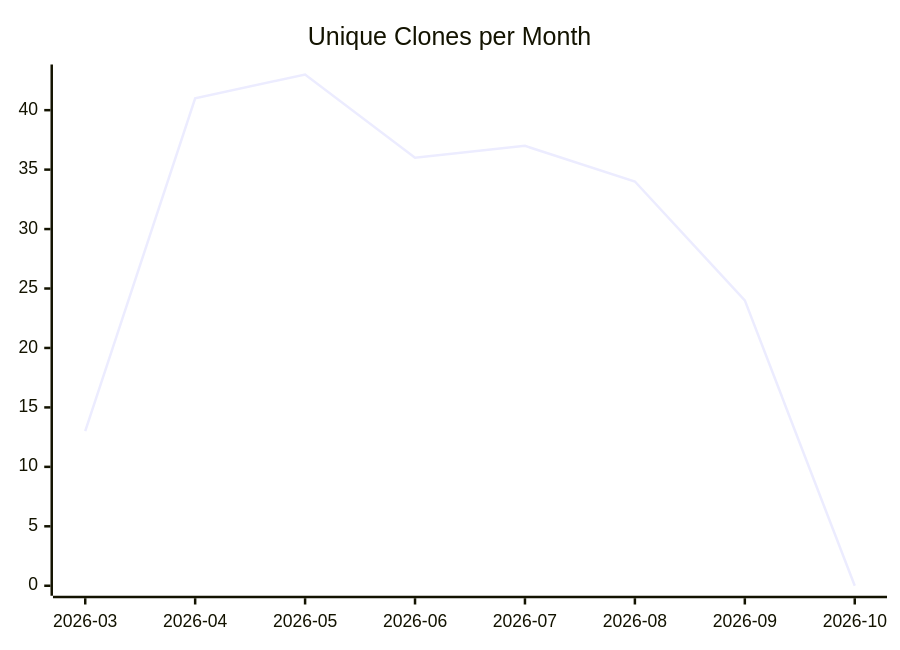
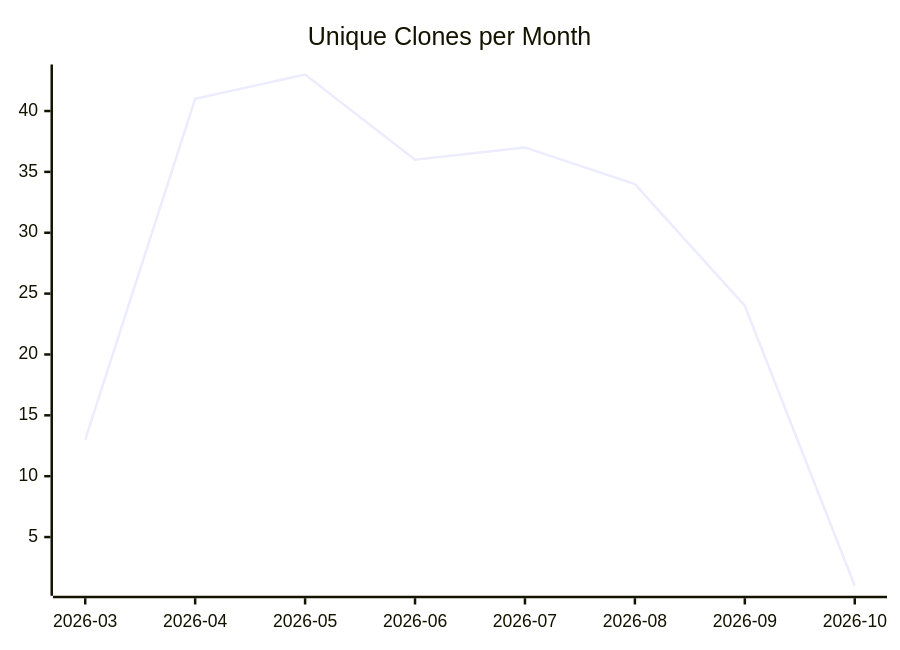
One commit to justdavis-family/github-analytics-data changed the third of 3 diagrams in karlmdavis/usgs-water-api-java/README.md. Above: the diagram before and after it, drawn with Mermaid. The commit also changed other lines of this file and 203 other files, not shown here.

````diff
--- a/karlmdavis/usgs-water-api-java/README.md
+++ b/karlmdavis/usgs-water-api-java/README.md
@@ -19,6 +19,6 @@
 ```mermaid
 xychart-beta
   title "Unique Clones per Month"
   x-axis ["2026-03", "2026-04", "2026-05", "2026-06", "2026-07", "2026-08", "2026-09", "2026-10"]
-  line [13, 41, 43, 36, 37, 34, 24, 0]
+  line [13, 41, 43, 36, 37, 34, 24, 1]
 ```
````
